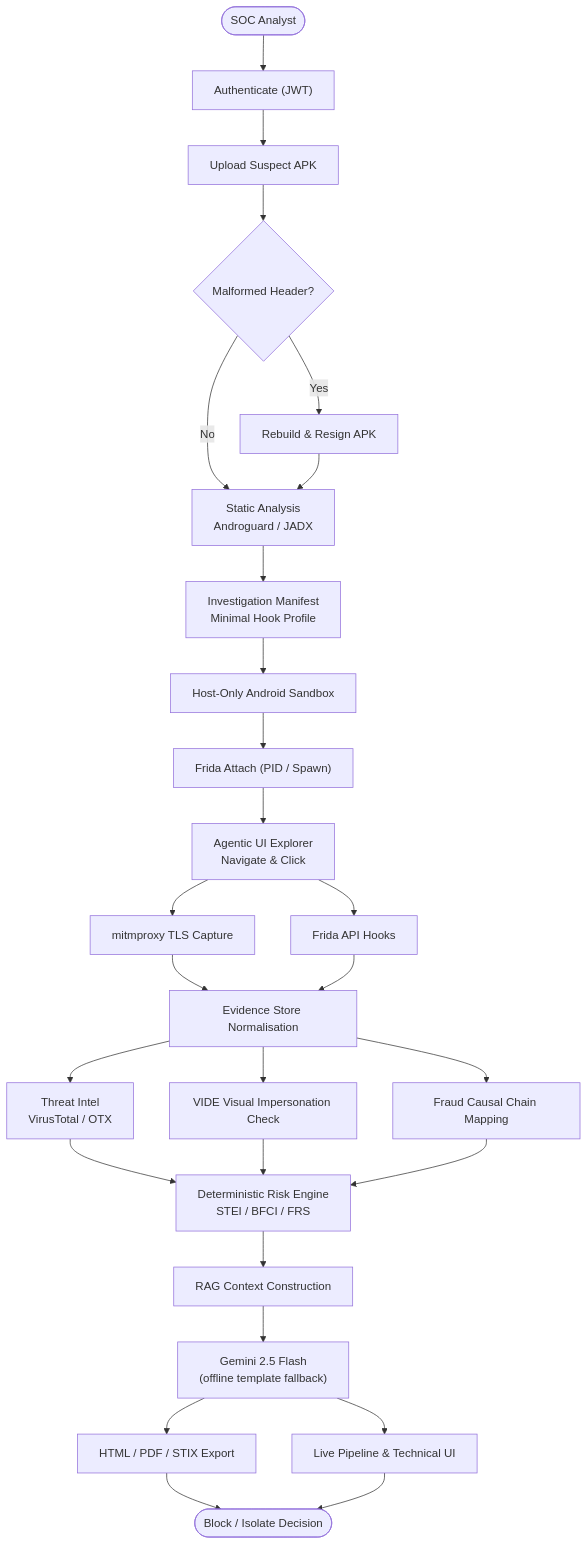
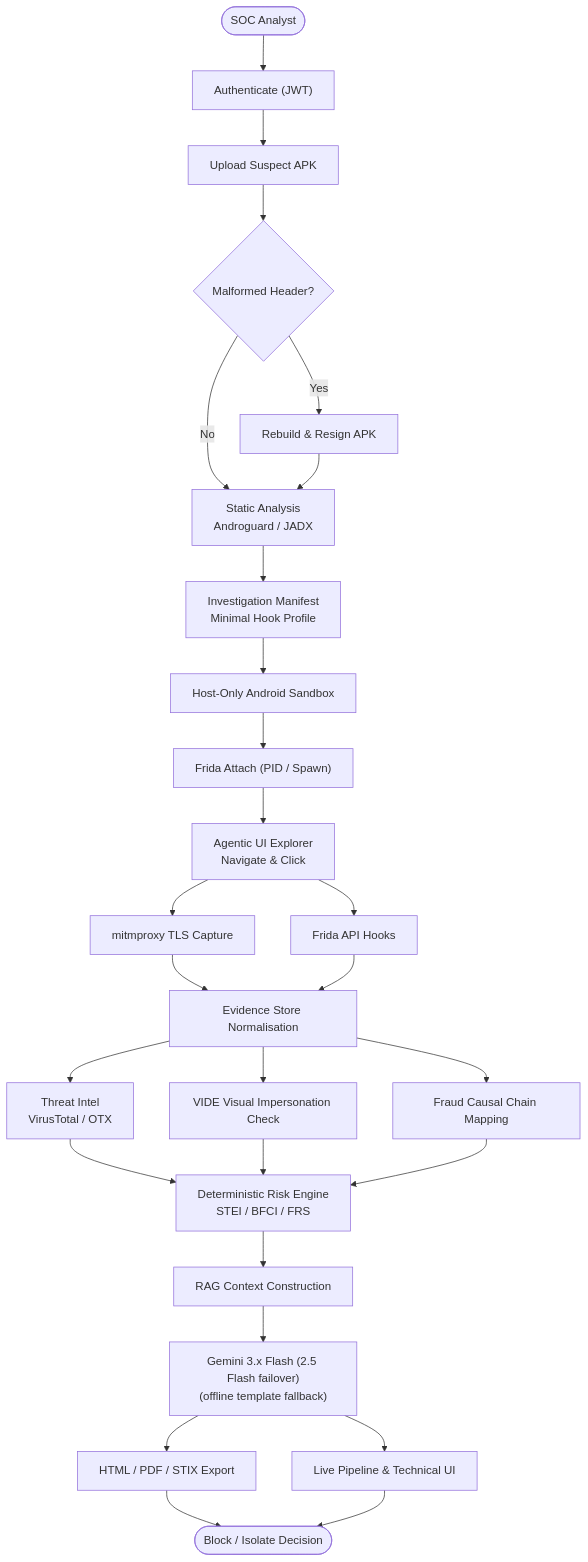
One commit to SanTiwari07/Sudarshan changed the diagram in README.md. Above: the diagram before and after it, drawn with Mermaid. The commit also changed other lines of this file and 62 other files, not shown here.

Commit message:
Enhance Gemini integration with primary and fallback models, introducing environment variables for configuration. Update documentation to reflect changes in AI investigation engine and screenshot policy. Implement error handling for Gemini API calls and improve logging for better traceability.

````diff
--- a/README.md
+++ b/README.md
@@ -68,34 +69,34 @@
 ```mermaid
 flowchart TD
     USER([SOC Analyst]) --> LOGIN["Authenticate (JWT)"]
     LOGIN --> UPLOAD[Upload Suspect APK]
     UPLOAD --> REPAIR{Malformed Header?}
     REPAIR -->|Yes| RESIGN[Rebuild &amp; Resign APK]
     REPAIR -->|No| STATIC["Static Analysis<br/>Androguard / JADX"]
     RESIGN --> STATIC
 
     STATIC --> MANIFEST["Investigation Manifest<br/>Minimal Hook Profile"]
     MANIFEST --> SANDBOX[Host-Only Android Sandbox]
     SANDBOX --> ATTACH["Frida Attach (PID / Spawn)"]
     ATTACH --> AGENT["Agentic UI Explorer<br/>Navigate &amp; Click"]
 
     AGENT --> NETWORK[mitmproxy TLS Capture]
     AGENT --> HOOKS[Frida API Hooks]
     NETWORK --> EVIDENCE[Evidence Store Normalisation]
     HOOKS --> EVIDENCE
 
     EVIDENCE --> TI["Threat Intel<br/>VirusTotal / OTX"]
     EVIDENCE --> VIDE[VIDE Visual Impersonation Check]
     EVIDENCE --> WORKFLOW[Fraud Causal Chain Mapping]
 
     TI --> RISK["Deterministic Risk Engine<br/>STEI / BFCI / FRS"]
     VIDE --> RISK
     WORKFLOW --> RISK
 
     RISK --> RAG[RAG Context Construction]
-    RAG --> AI["Gemini 2.5 Flash<br/>(offline template fallback)"]
+    RAG --> AI["Gemini 3.x Flash (2.5 Flash failover)<br/>(offline template fallback)"]
     AI --> REPORT[HTML / PDF / STIX Export]
     AI --> DASHBOARD[Live Pipeline &amp; Technical UI]
     REPORT --> DECISION([Block / Isolate Decision])
     DASHBOARD --> DECISION
 ```
````
